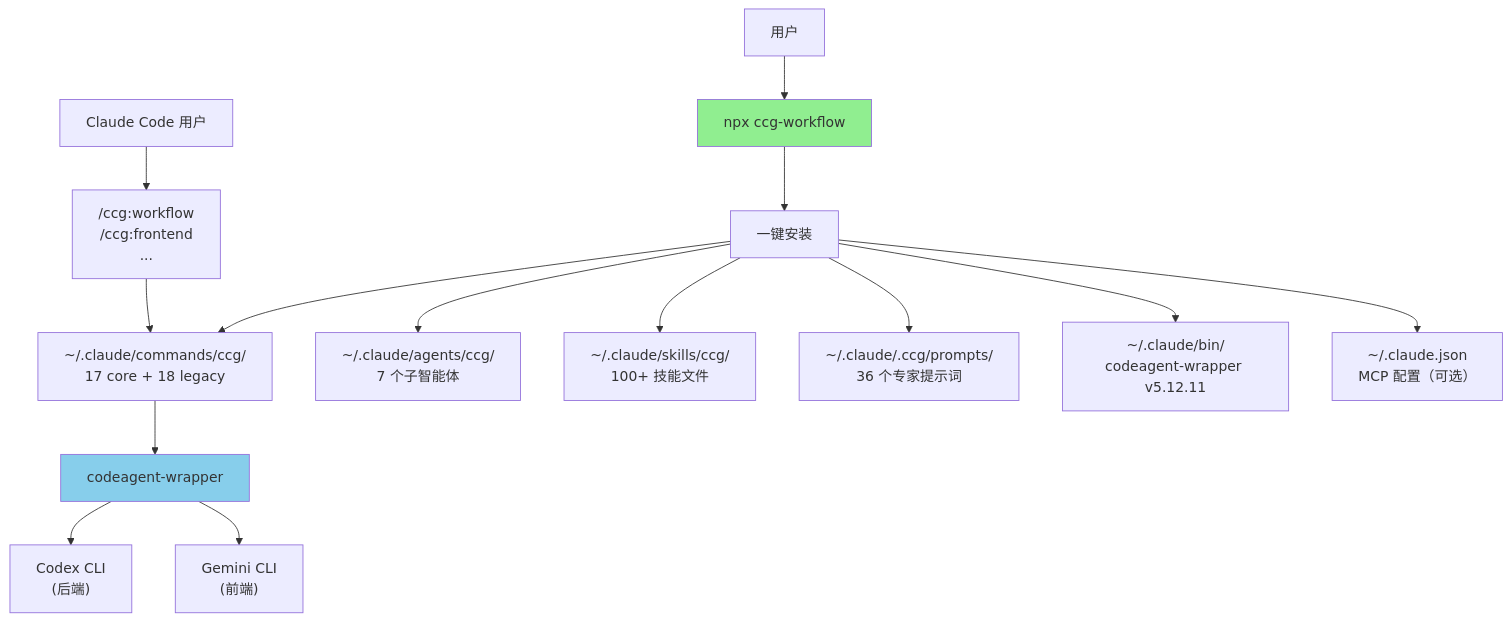
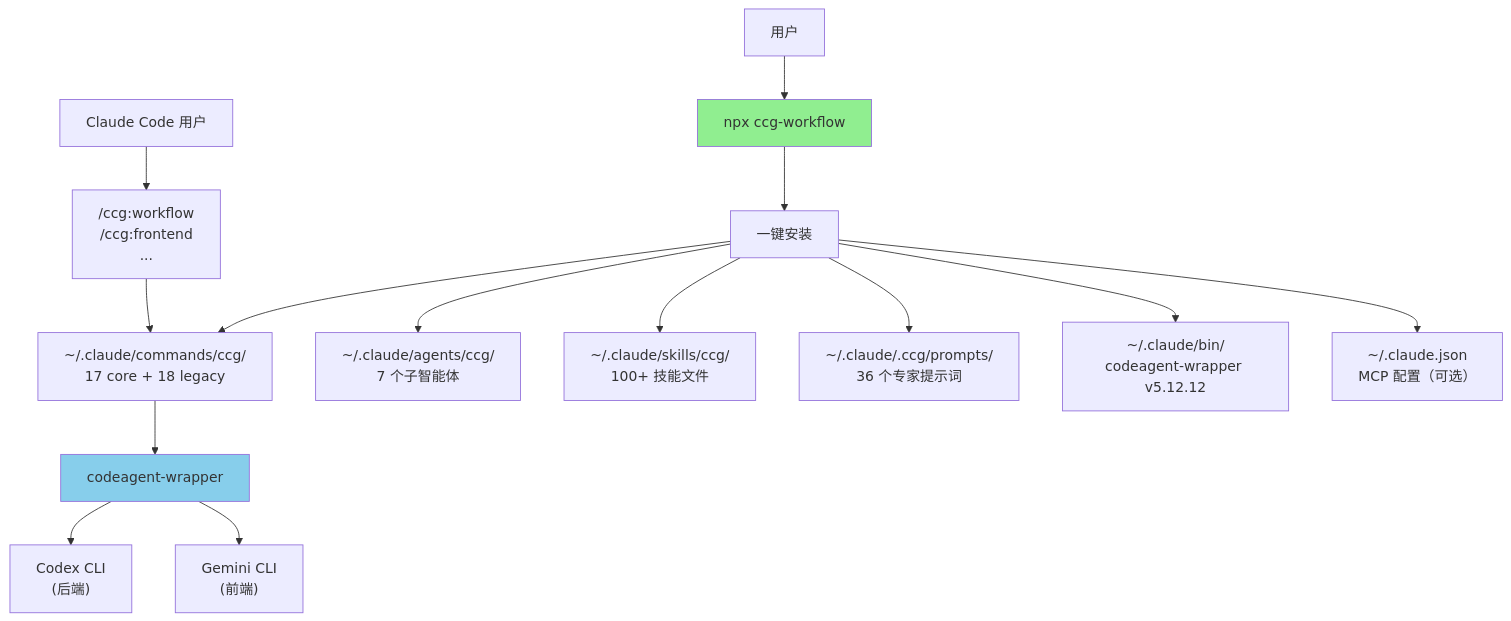
One commit to jed-zed/ccg-gptpro-worflow changed the diagram in CLAUDE.md. Above: the diagram before and after it, drawn with Mermaid. The commit also changed other lines of this file and 32 other files, not shown here.

````diff
--- a/CLAUDE.md
+++ b/CLAUDE.md
@@ -711,22 +716,22 @@
 ```mermaid
 graph TD
     User["用户"] --> CLI["npx ccg-workflow"]
     CLI --> Init["一键安装"]
 
     Init --> Commands["~/.claude/commands/ccg/<br/>17 core + 18 legacy"]
     Init --> Agents["~/.claude/agents/ccg/<br/>7 个子智能体"]
     Init --> Skills["~/.claude/skills/ccg/<br/>100+ 技能文件"]
     Init --> Prompts["~/.claude/.ccg/prompts/<br/>36 个专家提示词"]
-    Init --> Binary["~/.claude/bin/<br/>codeagent-wrapper v5.12.11"]
+    Init --> Binary["~/.claude/bin/<br/>codeagent-wrapper v5.12.12"]
     Init --> MCP["~/.claude.json<br/>MCP 配置（可选）"]
 
     User2["Claude Code 用户"] --> SlashCmd["/ccg:workflow<br/>/ccg:frontend<br/>..."]
     SlashCmd --> Commands
 
     Commands --> Wrapper["codeagent-wrapper"]
     Wrapper --> Codex["Codex CLI<br/>(后端)"]
     Wrapper --> Gemini["Gemini CLI<br/>(前端)"]
 
     style CLI fill:#90EE90
     style Wrapper fill:#87CEEB
 ```
````
